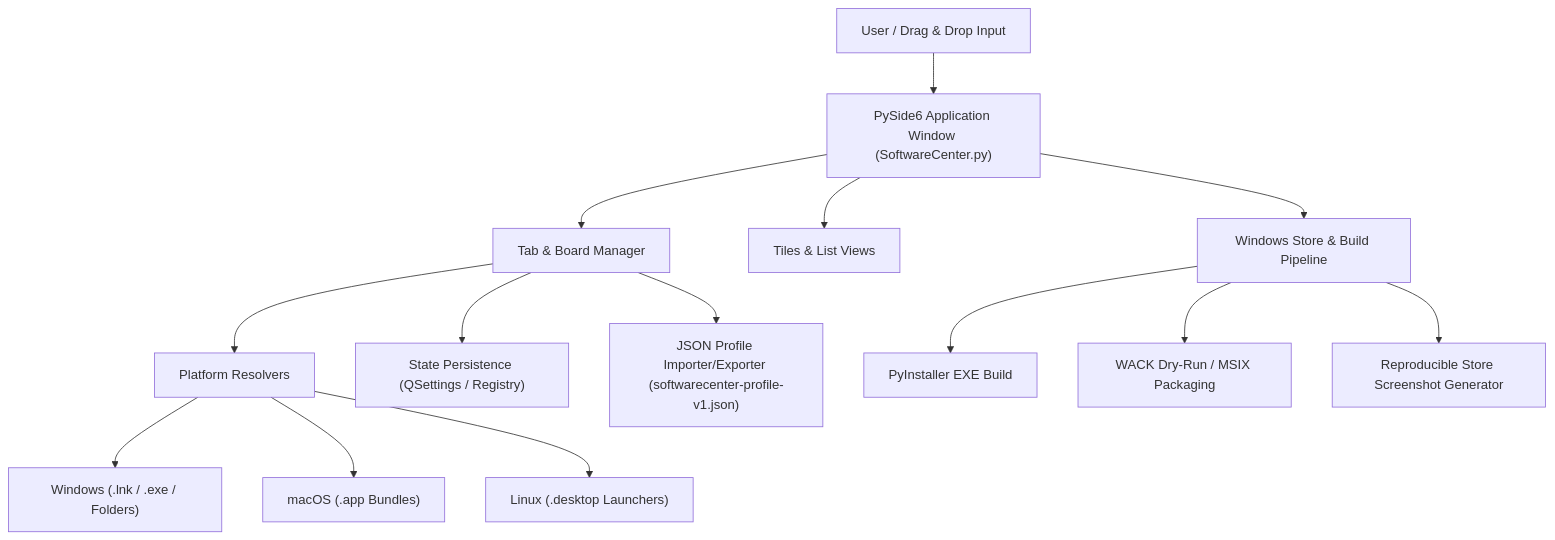
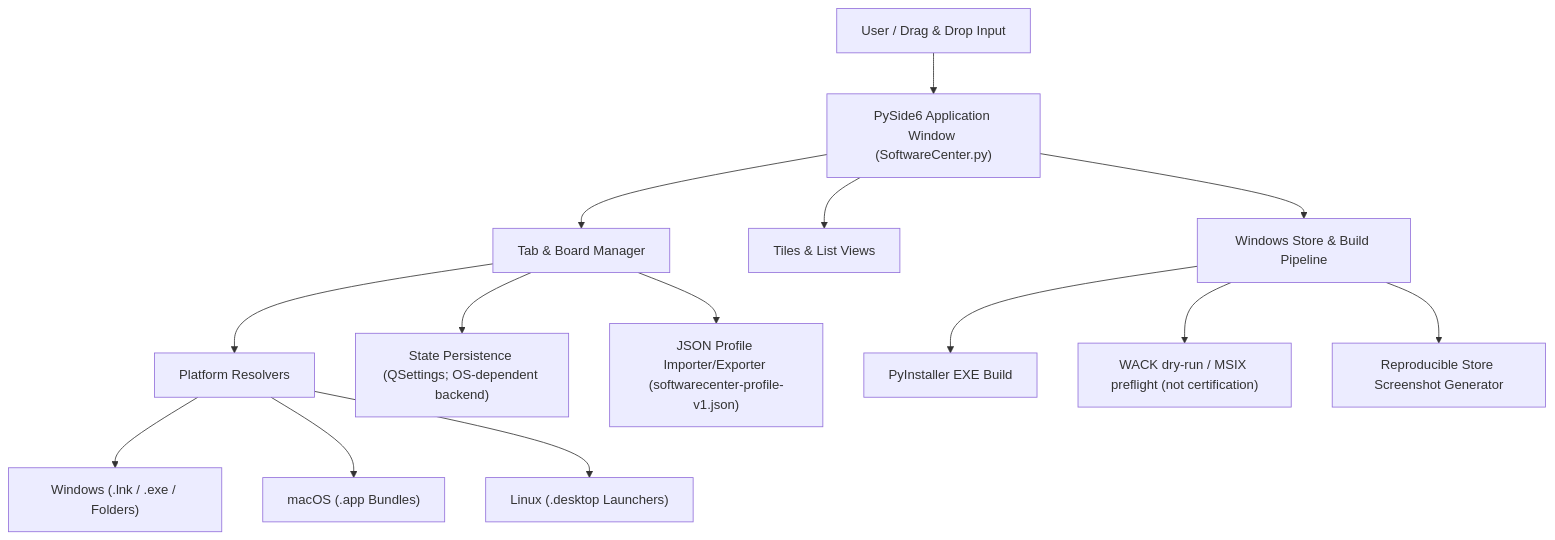
Before and after one commit to file-bricks/SoftwareCenter: the first of 2 diagrams in README_zh.md, drawn with Mermaid. The commit also changed other lines of this file and 6 other files, not shown here.

````diff
--- a/README_zh.md
+++ b/README_zh.md
@@ -119,19 +120,19 @@
 ```mermaid
 graph TD
     A["User / Drag & Drop Input"] --> B["PySide6 Application Window (SoftwareCenter.py)"]
     B --> C["Tab & Board Manager"]
     B --> D["Tiles & List Views"]
 
     C --> E["Platform Resolvers"]
     E --> E1["Windows (.lnk / .exe / Folders)"]
     E --> E2["macOS (.app Bundles)"]
     E --> E3["Linux (.desktop Launchers)"]
 
-    C --> F["State Persistence (QSettings / Registry)"]
+    C --> F["State Persistence (QSettings; OS-dependent backend)"]
     C --> G["JSON Profile Importer/Exporter (softwarecenter-profile-v1.json)"]
 
     B --> H["Windows Store & Build Pipeline"]
     H --> H1["PyInstaller EXE Build"]
-    H --> H2["WACK Dry-Run / MSIX Packaging"]
+    H --> H2["WACK dry-run / MSIX preflight (not certification)"]
     H --> H3["Reproducible Store Screenshot Generator"]
 ```
````
